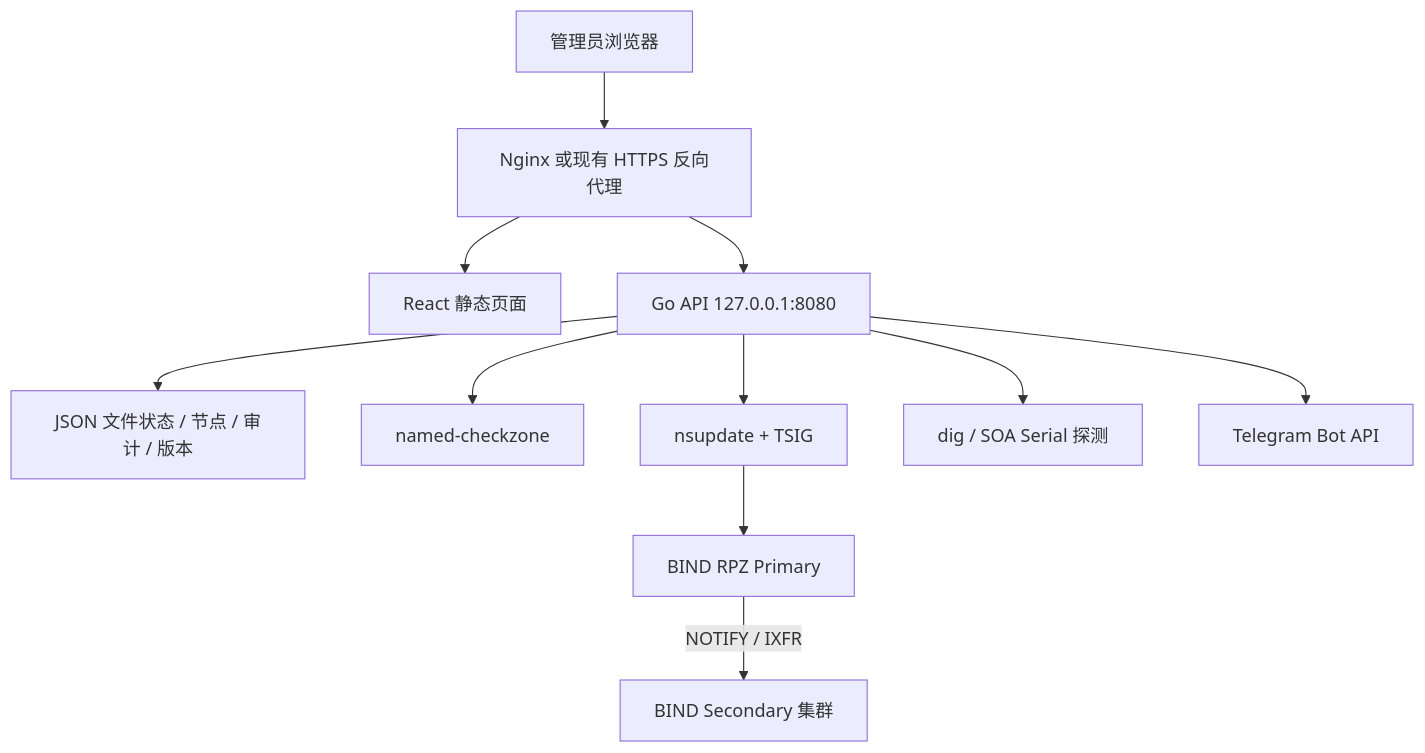
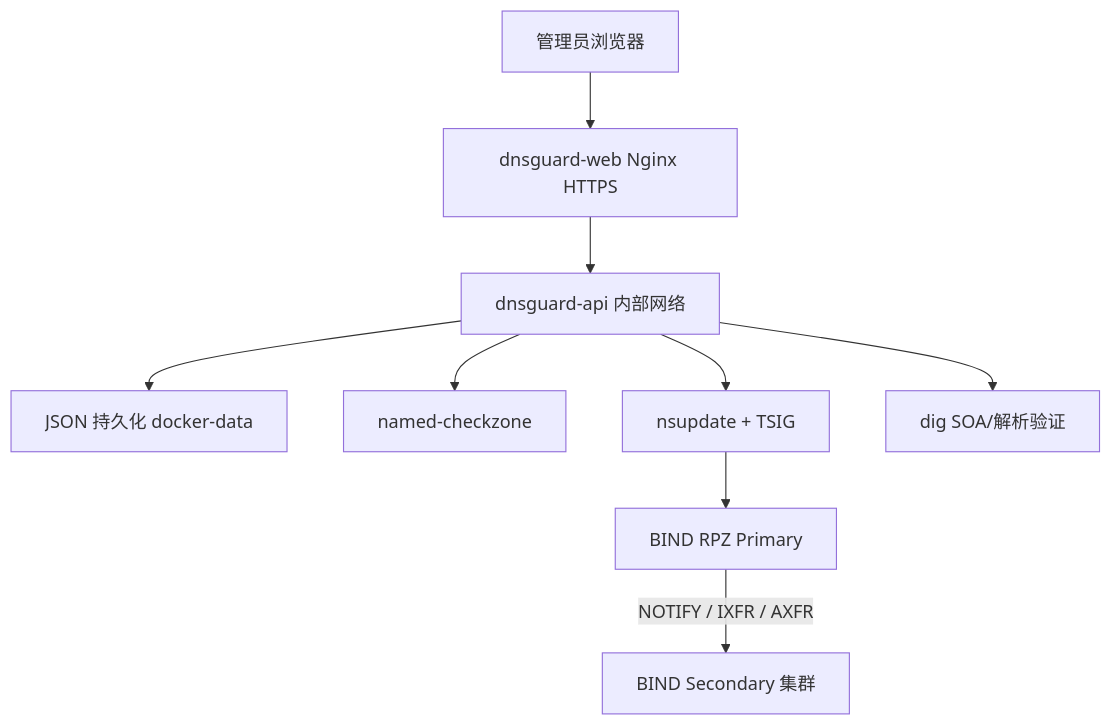
Before and after one commit to Bl4ckB1t7/dnsguard: the diagram in README.md, drawn with Mermaid. The commit also changed other lines of this file and 17 other files, not shown here.

````diff
--- a/README.md
+++ b/README.md
@@ -55,13 +33,11 @@
 ```mermaid
 flowchart TD
-    A[管理员浏览器] --> B[Nginx 或现有 HTTPS 反向代理]
-    B --> C[React 静态页面]
-    B --> D[Go API 127.0.0.1:8080]
-    D --> E[JSON 文件状态 / 节点 / 审计 / 版本]
-    D --> F[named-checkzone]
-    D --> G[nsupdate + TSIG]
-    G --> H[BIND RPZ Primary]
-    H -->|NOTIFY / IXFR| I[BIND Secondary 集群]
-    D --> J[dig / SOA Serial 探测]
-    D --> K[Telegram Bot API]
+    A[管理员浏览器] --> B[dnsguard-web Nginx HTTPS]
+    B --> C[dnsguard-api 内部网络]
+    C --> D[JSON 持久化 docker-data]
+    C --> E[named-checkzone]
+    C --> F[nsupdate + TSIG]
+    F --> G[BIND RPZ Primary]
+    G -->|NOTIFY / IXFR / AXFR| H[BIND Secondary 集群]
+    C --> I[dig SOA/解析验证]
 ```
````
